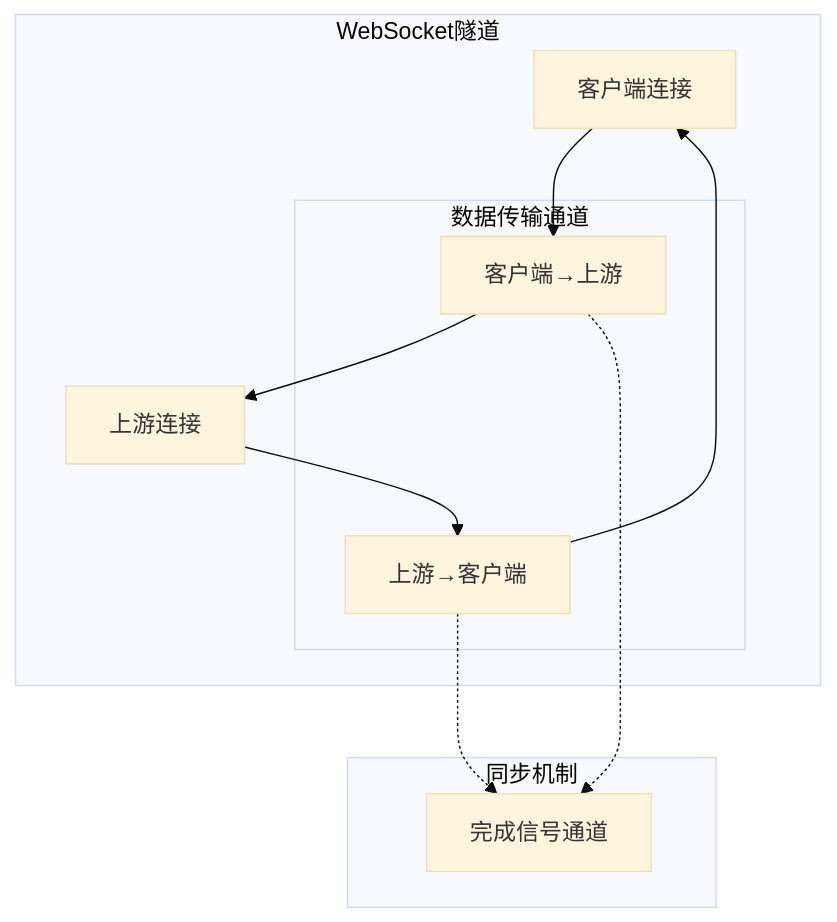
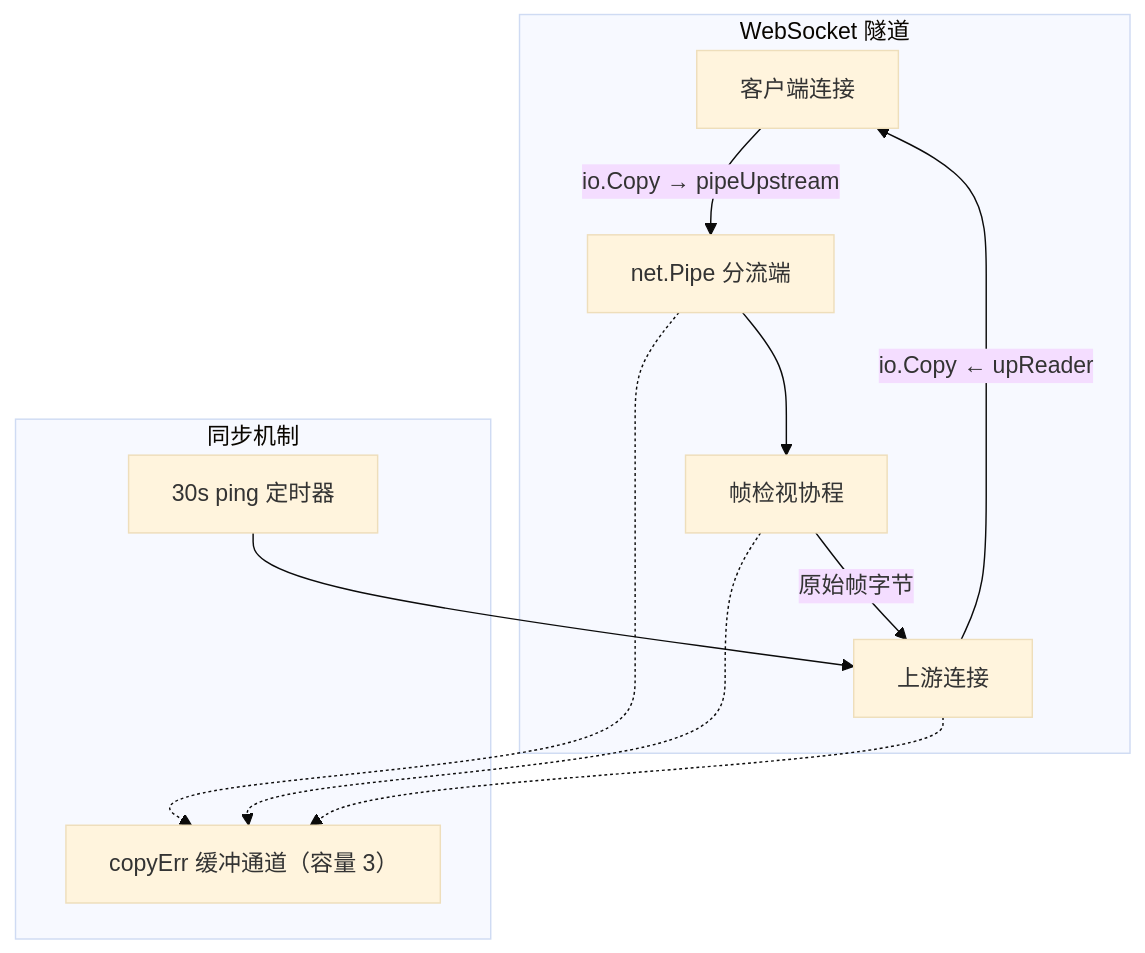
Before and after one commit to x01n/My-OpenWaf: the sixth of 11 diagrams in docs/数据平面处理/WebSocket 连接处理.md, drawn with Mermaid (base theme). The commit also changed other lines of this file and 622 other files, not shown here.

````diff
--- a/docs/数据平面处理/WebSocket 连接处理.md
+++ b/docs/数据平面处理/WebSocket 连接处理.md
@@ -295,20 +319,21 @@
 ```mermaid
 graph TB
-subgraph "WebSocket隧道"
-ClientConn[客户端连接]
-UpstreamConn[上游连接]
-subgraph "数据传输通道"
-ClientToUpstream[客户端→上游]
-UpstreamToClient[上游→客户端]
-end
-ClientConn --> ClientToUpstream
-UpstreamConn --> UpstreamToClient
-ClientToUpstream --> UpstreamConn
-UpstreamToClient --> ClientConn
+subgraph "WebSocket 隧道"
+ClientConn["客户端连接"]
+UpstreamConn["上游连接"]
+Pipe["net.Pipe 分流端"]
+Inspector["帧检视协程"]
 end
 subgraph "同步机制"
-DoneChan[完成信号通道]
-ClientToUpstream -.-> DoneChan
-UpstreamToClient -.-> DoneChan
+CopyErr["copyErr 缓冲通道（容量 3）"]
+Ticker["30s ping 定时器"]
 end
+ClientConn -->|"io.Copy → pipeUpstream"| Pipe
+Pipe --> Inspector
+Inspector -->|"原始帧字节"| UpstreamConn
+UpstreamConn -->|"io.Copy ← upReader"| ClientConn
+Ticker --> UpstreamConn
+Pipe -.-> CopyErr
+Inspector -.-> CopyErr
+UpstreamConn -.-> CopyErr
 ```
````
